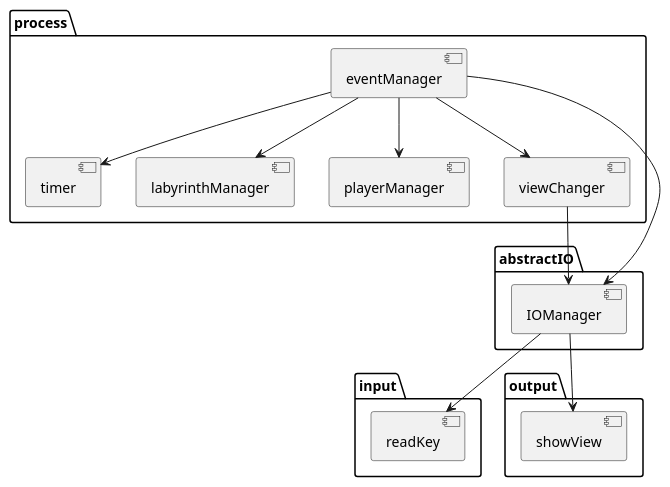
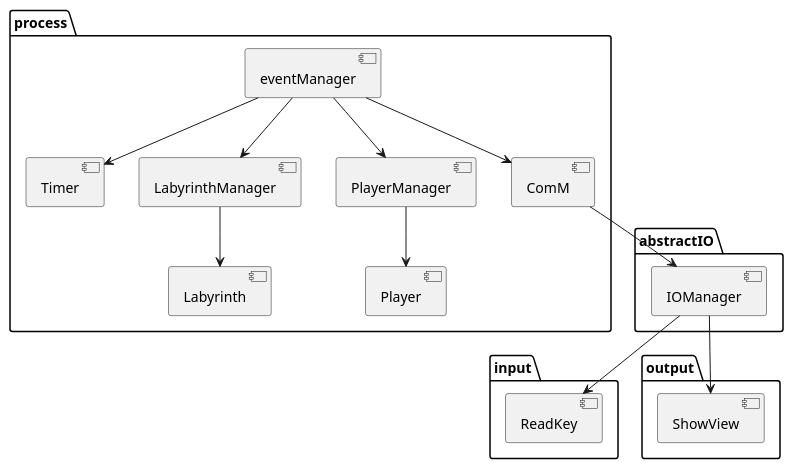
Before and after one commit to horiyoshihiro/LabyrinthGame: the diagram in Doc/Component.pu, drawn with PlantUML. The commit also changed 18 other files, not shown here.

Commit message:
コンポーネント図を修正。Player周りの実装。クラスのフィールドを返す関数は絞った方がよい？@自宅

```diff
--- a/Doc/Component.pu
+++ b/Doc/Component.pu
@@ -1,35 +1,35 @@
 @startuml
 package "abstractIO" {
     [IOManager]
 }
 
 package "input" {
-     [readKey]
+     [ReadKey]
 }
 
-[IOManager] --> [readKey]
+[IOManager] --> [ReadKey]
 
 package "process" {
     [eventManager]
-    [timer]
-    [labyrinthManager]
-    [playerManager]
-    [viewChanger]
+    [Timer]
+    [LabyrinthManager] --> [Labyrinth]
+    [PlayerManager] --> [Player]
+    [ComM]
 }
 
 package "output" {
-    [IOManager] --> [showView]
+    [IOManager] --> [ShowView]
 }
 
-[eventManager]     -->  [IOManager]
+
+[ComM]      --> [IOManager]     
+
+[eventManager] --> [Timer]
+[eventManager] -->  [PlayerManager]
+[eventManager] -->  [LabyrinthManager]
+[eventManager] -->  [ComM]
 
 
-[viewChanger]      --> [IOManager]     
-
-[eventManager] --> [timer]
-[eventManager] -->  [playerManager]
-[eventManager] -->  [labyrinthManager]
-[eventManager] -->  [viewChanger]
 
 
 @enduml
```
